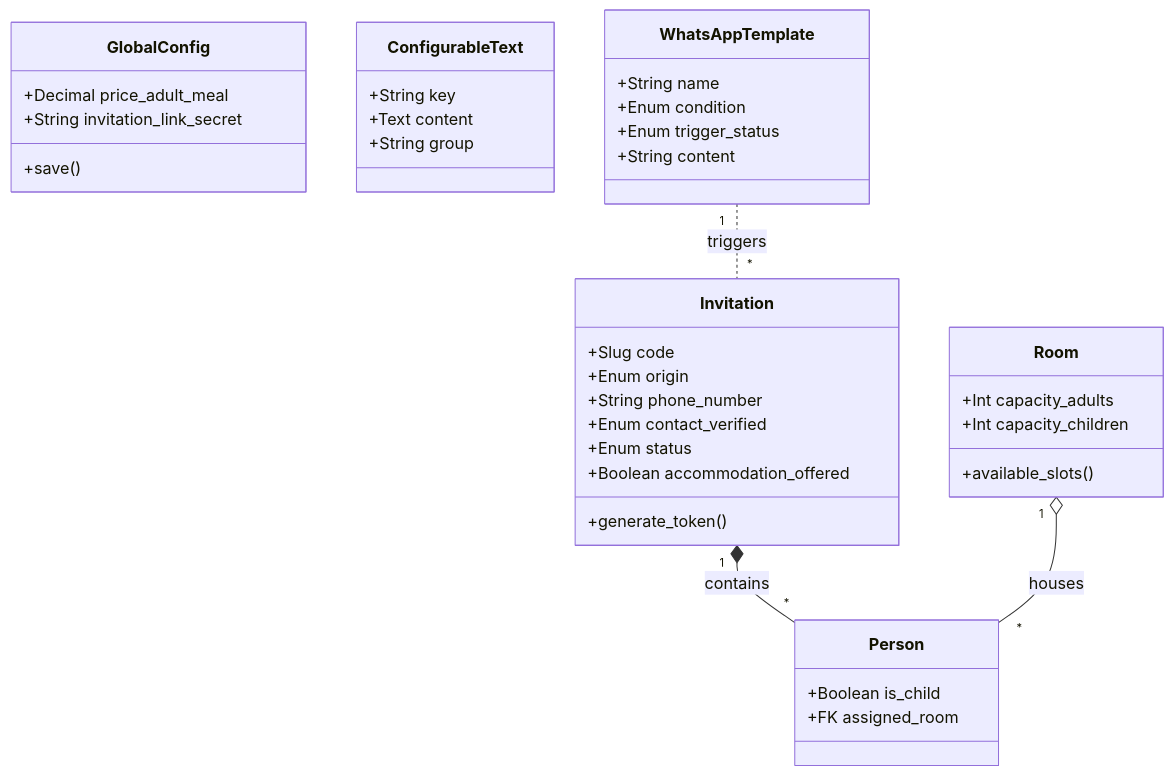
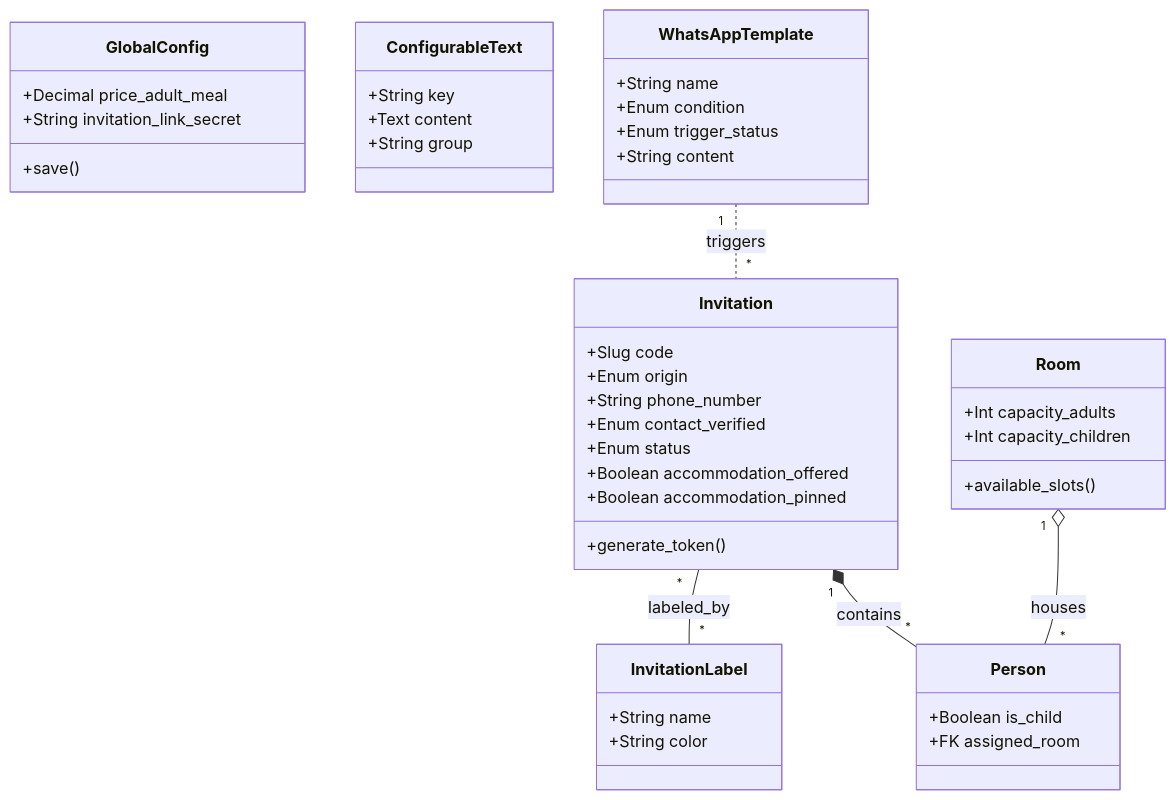
Before and after one commit to nemocrk/my-wedding-app: the diagram in docs/06-BACKEND-CORE.md, drawn with Mermaid. The commit also changed other lines of this file, not shown here.

````diff
--- a/docs/06-BACKEND-CORE.md
+++ b/docs/06-BACKEND-CORE.md
@@ -125,46 +134,53 @@
 ```mermaid
 classDiagram
     class GlobalConfig {
         +Decimal price_adult_meal
         +String invitation_link_secret
         +save()
     }
     
     class ConfigurableText {
         +String key
         +Text content
         +String group
     }
 
     class Invitation {
         +Slug code
         +Enum origin
         +String phone_number
         +Enum contact_verified
         +Enum status
         +Boolean accommodation_offered
+        +Boolean accommodation_pinned
         +generate_token()
+    }
+    
+    class InvitationLabel {
+        +String name
+        +String color
     }
 
     class Person {
         +Boolean is_child
         +FK assigned_room
     }
 
     class Room {
         +Int capacity_adults
         +Int capacity_children
         +available_slots()
     }
 
     class WhatsAppTemplate {
         +String name
         +Enum condition
         +Enum trigger_status
         +String content
     }
 
     Invitation "1" *-- "*" Person : contains
+    Invitation "*" -- "*" InvitationLabel : labeled_by
     Room "1" o-- "*" Person : houses
     WhatsAppTemplate "1" .. "*" Invitation : triggers
 ```
````
